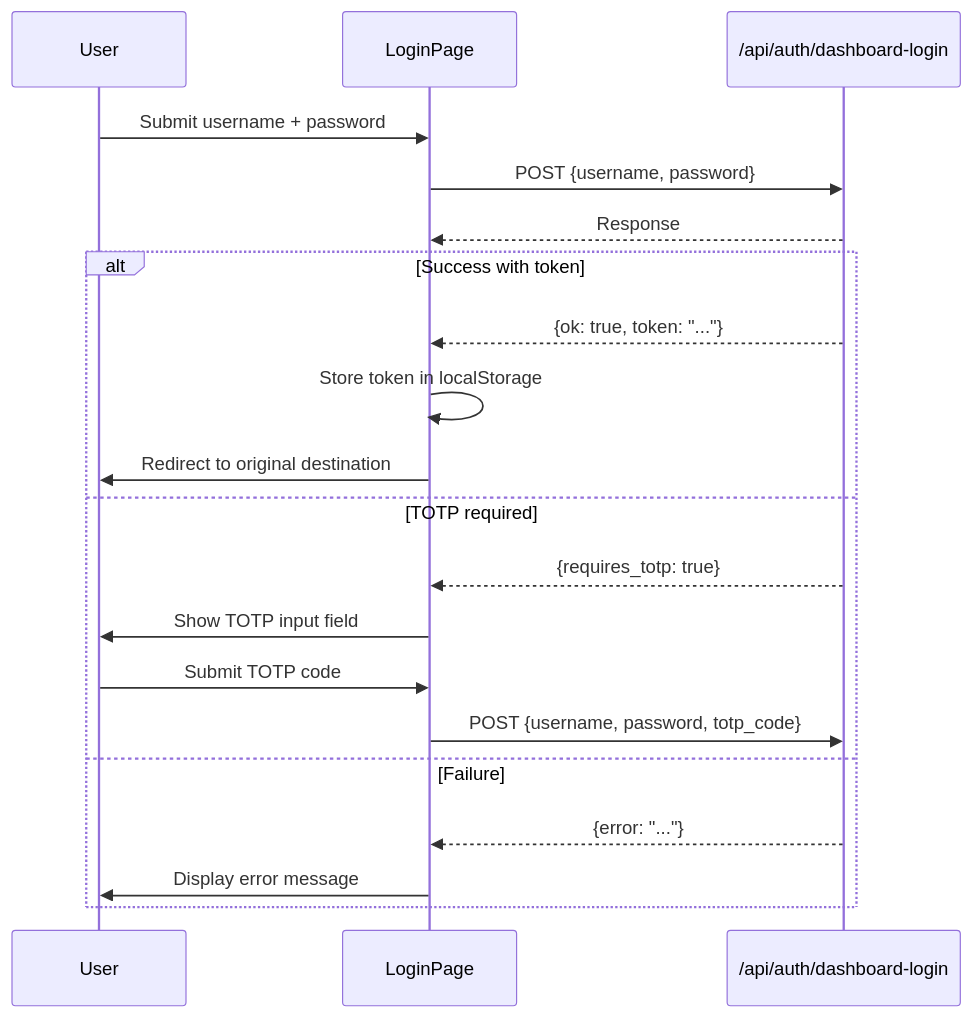
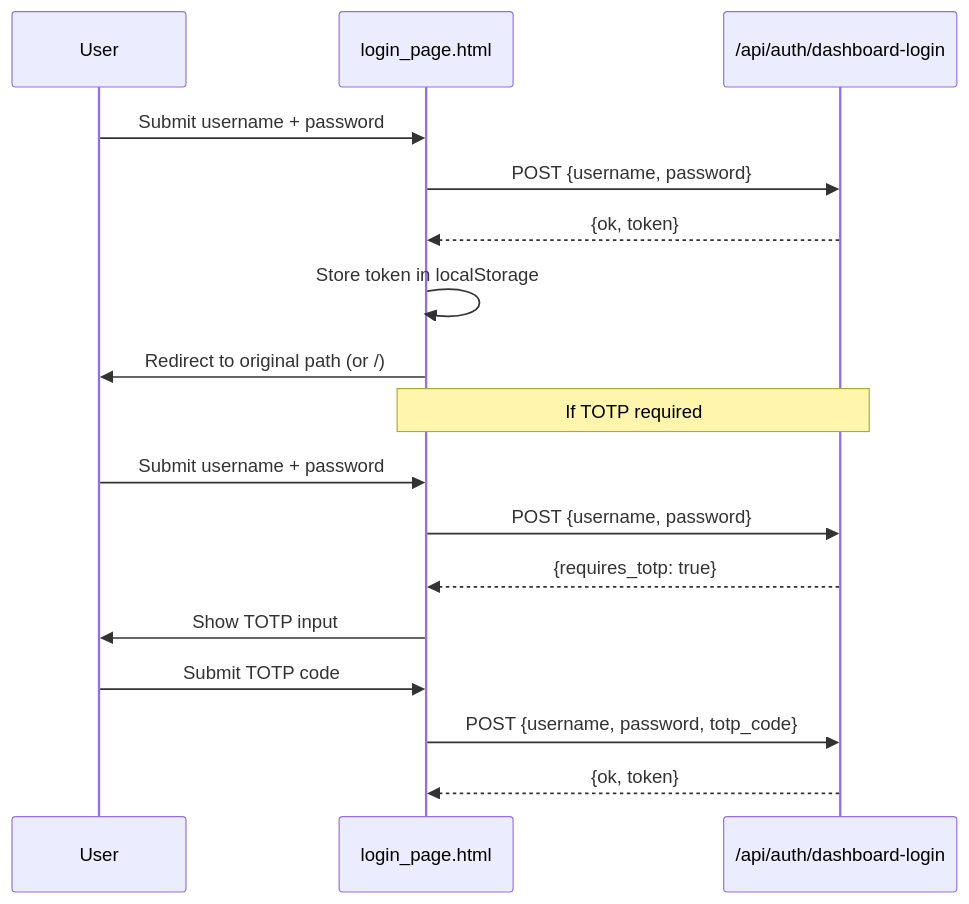
The diagram in other-librefang-api-src.md (leszek3737/librefang-WIki), drawn with Mermaid before and after one commit. The commit also changed other lines of this file and 119 other files, not shown here.

````diff
--- a/other-librefang-api-src.md
+++ b/other-librefang-api-src.md
@@ -15,24 +17,21 @@
 ```mermaid
 sequenceDiagram
-    participant User
-    participant LoginPage
+    participant U as User
+    participant LP as login_page.html
     participant API as /api/auth/dashboard-login
 
-    User->>LoginPage: Submit username + password
-    LoginPage->>API: POST {username, password}
-    API-->>LoginPage: Response
+    U->>LP: Submit username + password
+    LP->>API: POST {username, password}
+    API-->>LP: {ok, token}
+    LP->>LP: Store token in localStorage
+    LP->>U: Redirect to original path (or /)
 
-    alt Success with token
-        API-->>LoginPage: {ok: true, token: "..."}
-        LoginPage->>LoginPage: Store token in localStorage
-        LoginPage->>User: Redirect to original destination
-    else TOTP required
-        API-->>LoginPage: {requires_totp: true}
-        LoginPage->>User: Show TOTP input field
-        User->>LoginPage: Submit TOTP code
-        LoginPage->>API: POST {username, password, totp_code}
-    else Failure
-        API-->>LoginPage: {error: "..."}
-        LoginPage->>User: Display error message
-    end
+    Note over LP,API: If TOTP required
+    U->>LP: Submit username + password
+    LP->>API: POST {username, password}
+    API-->>LP: {requires_totp: true}
+    LP->>U: Show TOTP input
+    U->>LP: Submit TOTP code
+    LP->>API: POST {username, password, totp_code}
+    API-->>LP: {ok, token}
 ```
````
